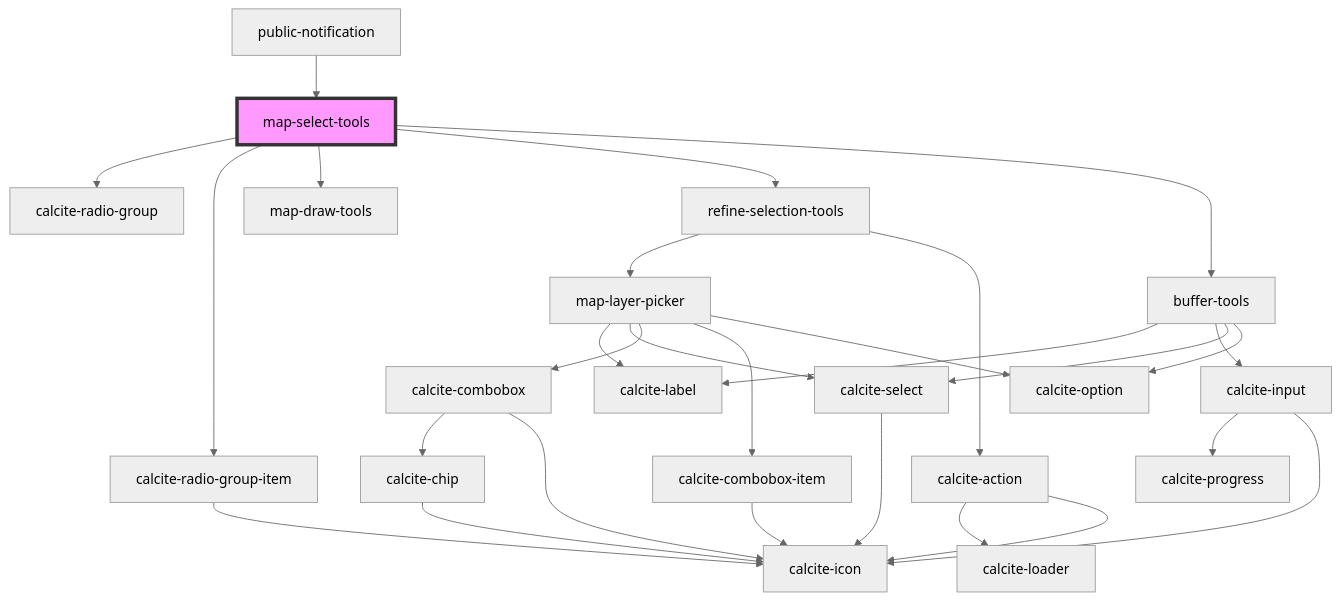
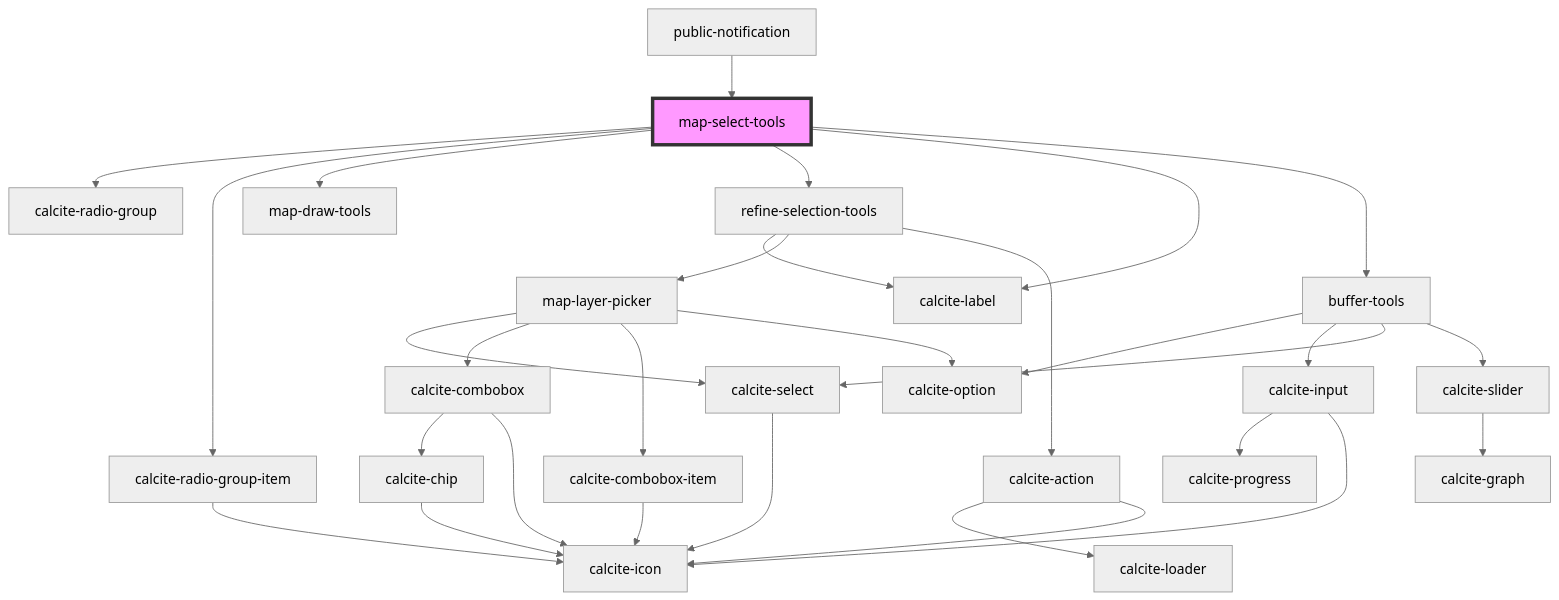
One commit to Esri/solutions-components changed the diagram in src/components/map-select-tools/readme.md. Above: the diagram before and after it, drawn with Mermaid (neutral theme). The commit also changed other lines of this file and 62 other files, not shown here.

````diff
--- a/src/components/map-select-tools/readme.md
+++ b/src/components/map-select-tools/readme.md
@@ -95,31 +96,33 @@
 ```mermaid
 graph TD;
   map-select-tools --> calcite-radio-group
   map-select-tools --> calcite-radio-group-item
   map-select-tools --> map-draw-tools
   map-select-tools --> refine-selection-tools
+  map-select-tools --> calcite-label
   map-select-tools --> buffer-tools
   calcite-radio-group-item --> calcite-icon
+  refine-selection-tools --> calcite-label
   refine-selection-tools --> map-layer-picker
   refine-selection-tools --> calcite-action
-  map-layer-picker --> calcite-label
   map-layer-picker --> calcite-select
   map-layer-picker --> calcite-combobox
   map-layer-picker --> calcite-combobox-item
   map-layer-picker --> calcite-option
   calcite-select --> calcite-icon
   calcite-combobox --> calcite-chip
   calcite-combobox --> calcite-icon
   calcite-chip --> calcite-icon
   calcite-combobox-item --> calcite-icon
   calcite-action --> calcite-loader
   calcite-action --> calcite-icon
-  buffer-tools --> calcite-label
+  buffer-tools --> calcite-option
   buffer-tools --> calcite-input
   buffer-tools --> calcite-select
-  buffer-tools --> calcite-option
+  buffer-tools --> calcite-slider
   calcite-input --> calcite-progress
   calcite-input --> calcite-icon
+  calcite-slider --> calcite-graph
   public-notification --> map-select-tools
   style map-select-tools fill:#f9f,stroke:#333,stroke-width:4px
 ```
````
